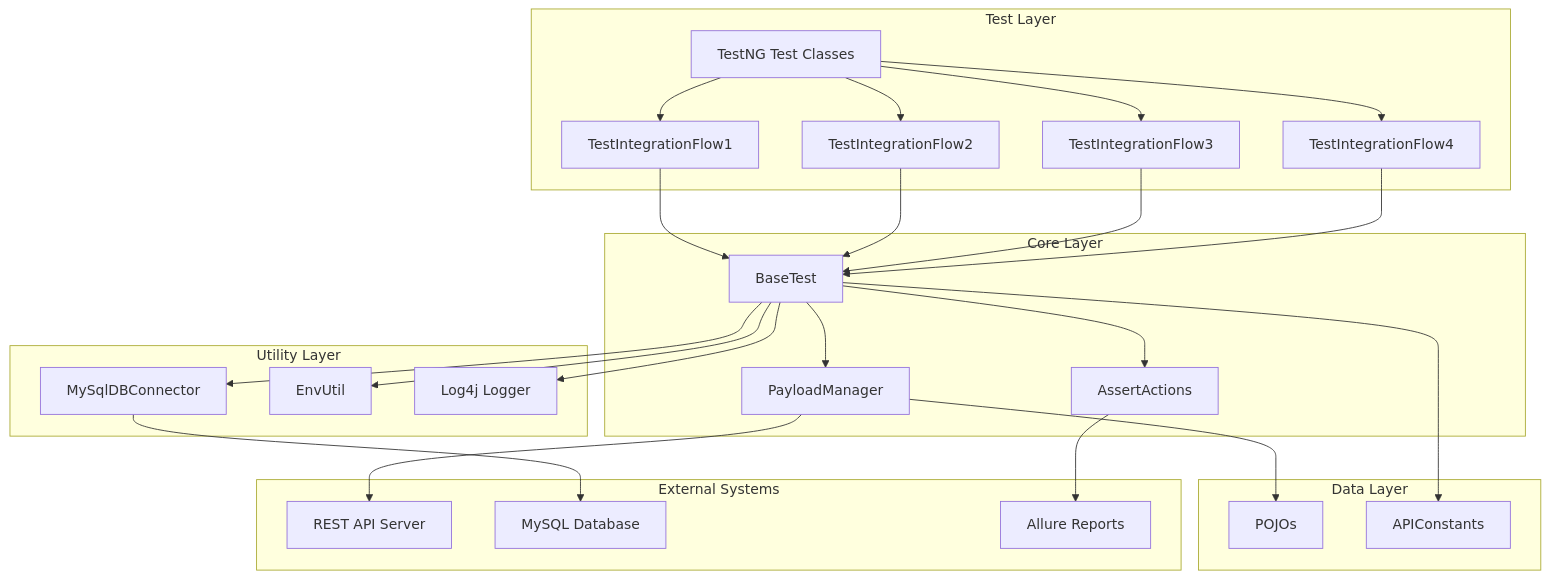
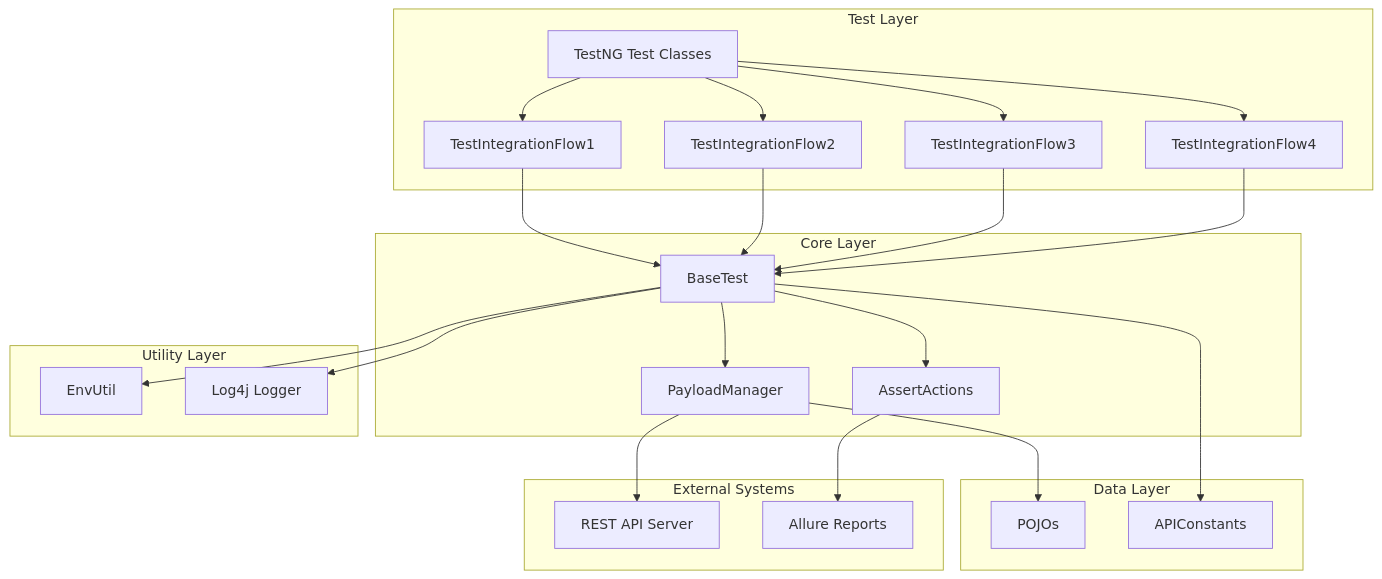
One commit to Mubashiraa-A/APIAutomationFramework changed the first of 12 diagrams in README.md. Above: the diagram before and after it, drawn with Mermaid. The commit also changed other lines of this file and 36 other files, not shown here.

````diff
--- a/README.md
+++ b/README.md
@@ -72,43 +71,41 @@
 ```mermaid
 flowchart TD
     subgraph TestLayer["Test Layer"]
         A["TestNG Test Classes"]
         A1["TestIntegrationFlow1"]
         A2["TestIntegrationFlow2"]
         A3["TestIntegrationFlow3"]
         A4["TestIntegrationFlow4"]
     end
 
     subgraph CoreLayer["Core Layer"]
         B["BaseTest"]
         C["PayloadManager"]
         D["AssertActions"]
     end
 
     subgraph DataLayer["Data Layer"]
         E["POJOs"]
         F["APIConstants"]
     end
 
     subgraph UtilLayer["Utility Layer"]
-        G["MySqlDBConnector"]
         H["EnvUtil"]
         I["Log4j Logger"]
     end
 
     subgraph External["External Systems"]
         J["REST API Server"]
-        K["MySQL Database"]
         L["Allure Reports"]
     end
 
     A --> A1 & A2 & A3 & A4
     A1 & A2 & A3 & A4 --> B
     B --> C & D
     C --> E
     B --> F
-    B --> G & H & I
+    B --> H & I
     C --> J
-    G --> K
+    
     D --> L
 ```
````
